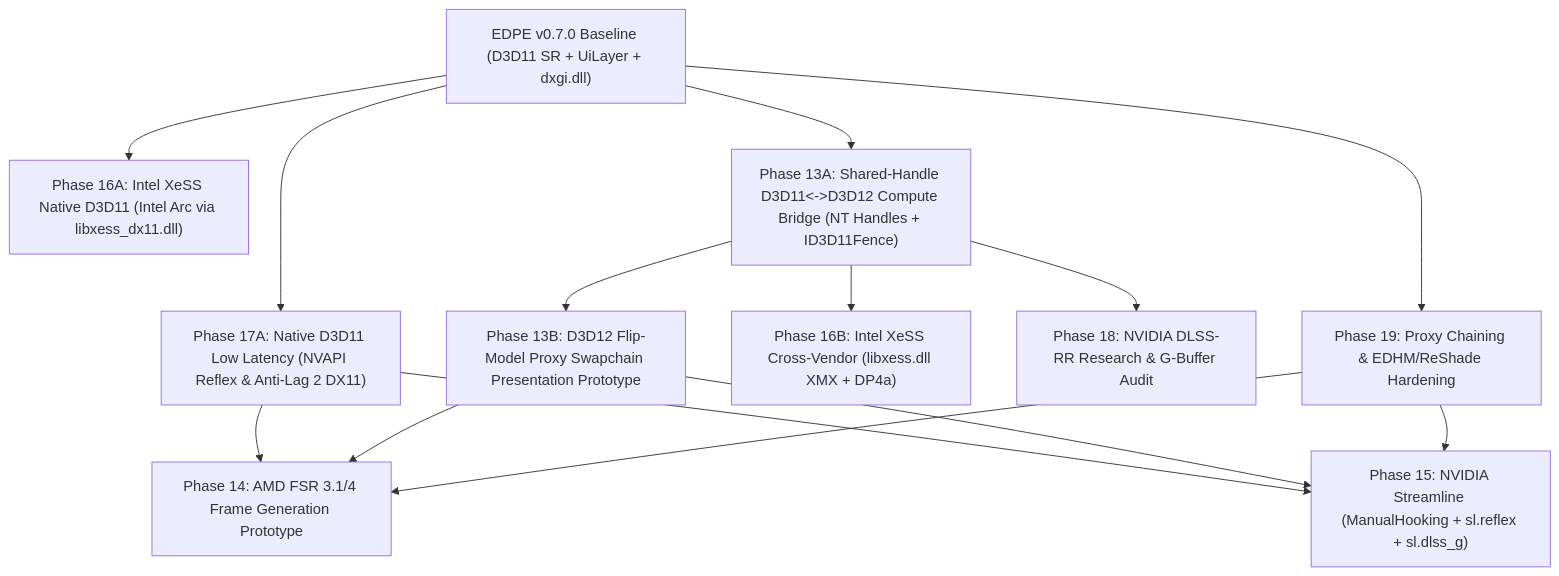
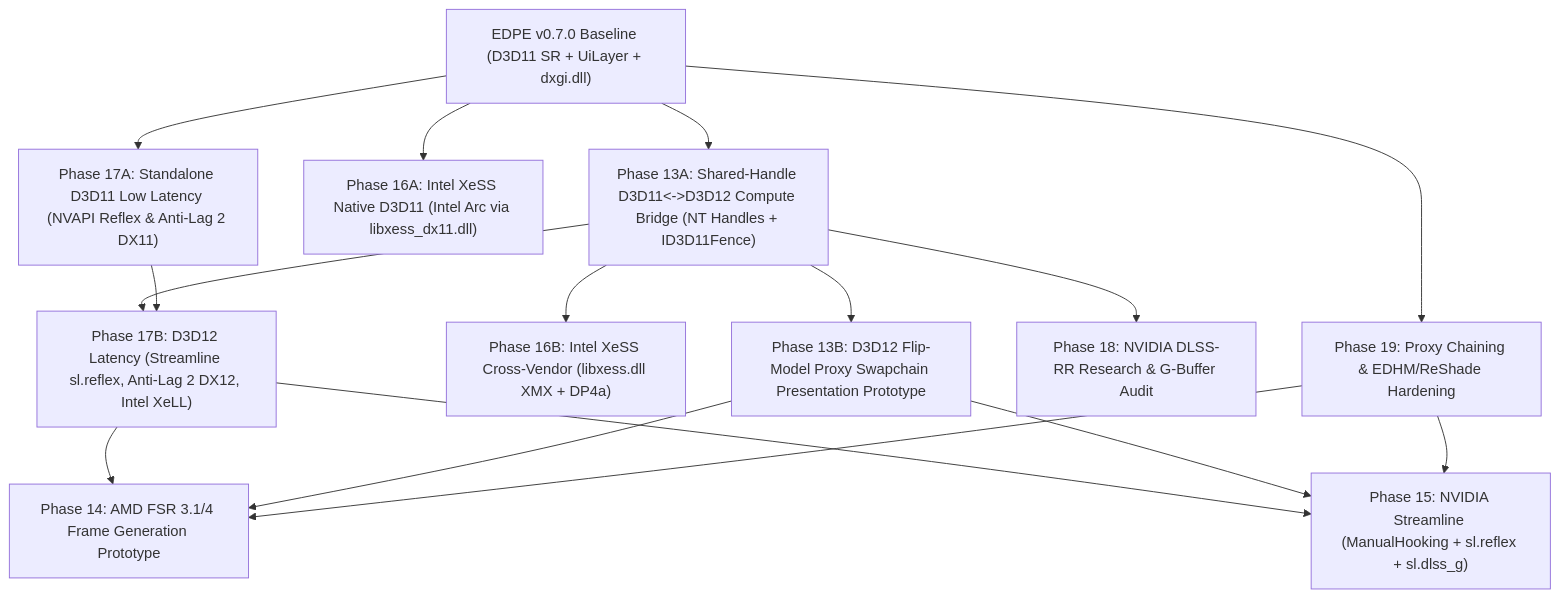
The diagram in docs/roadmap-research-overview.md (filispeen/EDPE), drawn with Mermaid before and after one commit. The commit also changed other lines of this file and 7 other files, not shown here.

````diff
--- a/docs/roadmap-research-overview.md
+++ b/docs/roadmap-research-overview.md
@@ -52,19 +52,21 @@
 ```mermaid
 flowchart TD
-    V07["EDPE v0.7.0 Baseline (D3D11 SR + UiLayer + dxgi.dll)"] --> P17A["Phase 17A: Native D3D11 Low Latency (NVAPI Reflex & Anti-Lag 2 DX11)"]
+    V07["EDPE v0.7.0 Baseline (D3D11 SR + UiLayer + dxgi.dll)"] --> P17A["Phase 17A: Standalone D3D11 Low Latency (NVAPI Reflex & Anti-Lag 2 DX11)"]
     V07 --> P19["Phase 19: Proxy Chaining & EDHM/ReShade Hardening"]
     V07 --> P16A["Phase 16A: Intel XeSS Native D3D11 (Intel Arc via libxess_dx11.dll)"]
     V07 --> P13A["Phase 13A: Shared-Handle D3D11<->D3D12 Compute Bridge (NT Handles + ID3D11Fence)"]
 
     P13A --> P16B["Phase 16B: Intel XeSS Cross-Vendor (libxess.dll XMX + DP4a)"]
+    P13A --> P17B["Phase 17B: D3D12 Latency (Streamline sl.reflex, Anti-Lag 2 DX12, Intel XeLL)"]
     P13A --> P18["Phase 18: NVIDIA DLSS-RR Research & G-Buffer Audit"]
     P13A --> P13B["Phase 13B: D3D12 Flip-Model Proxy Swapchain Presentation Prototype"]
 
-    P17A --> P14["Phase 14: AMD FSR 3.1/4 Frame Generation Prototype"]
+    P17A --> P17B
+    P17B --> P14["Phase 14: AMD FSR 3.1/4 Frame Generation Prototype"]
     P13B --> P14
-    P17A --> P15["Phase 15: NVIDIA Streamline (ManualHooking + sl.reflex + sl.dlss_g)"]
+    P17B --> P15["Phase 15: NVIDIA Streamline (ManualHooking + sl.reflex + sl.dlss_g)"]
     P13B --> P15
 
     P19 --> P14
     P19 --> P15
 ```
````
